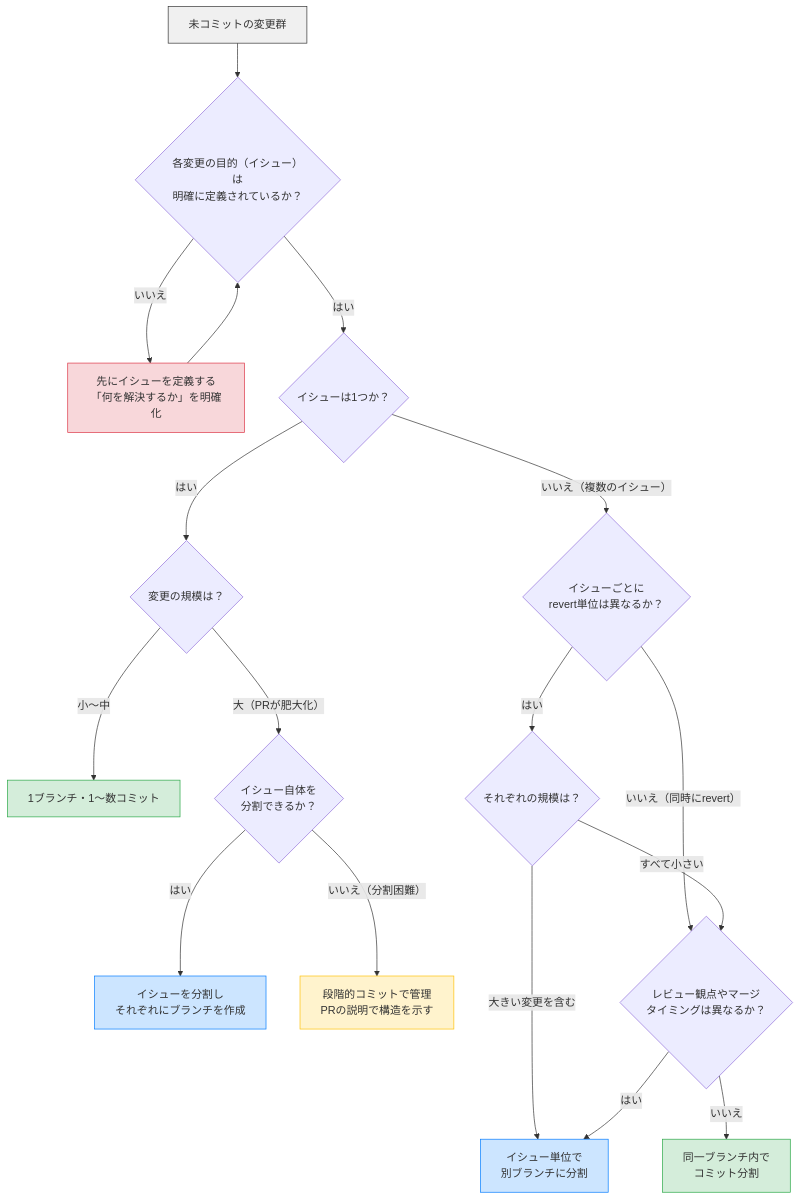
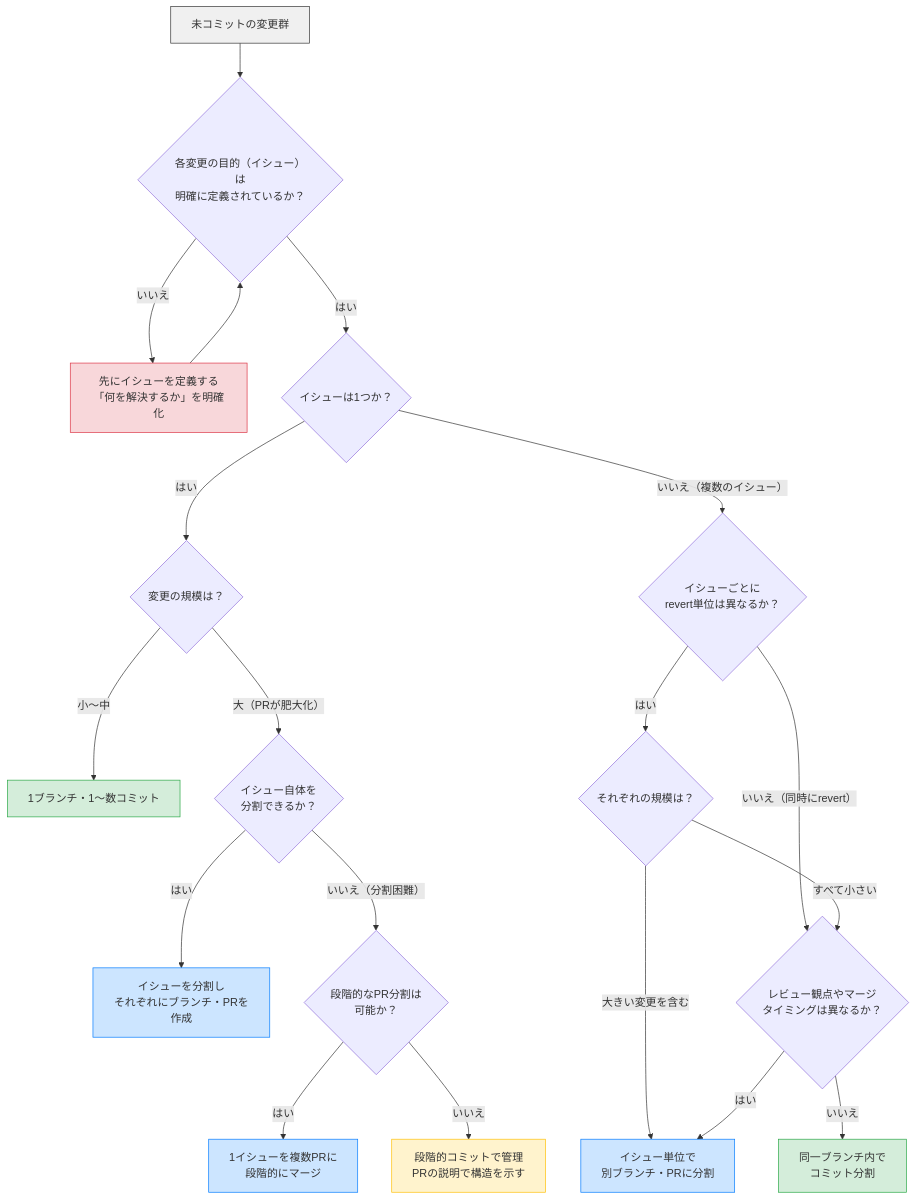
Before and after one commit to suuchee/dotfiles: the first of 2 diagrams in private_dot_claude/skills/git/references/branch-design.md, drawn with Mermaid. The commit also changed other lines of this file and 1 other file, not shown here.

````diff
--- a/private_dot_claude/skills/git/references/branch-design.md
+++ b/private_dot_claude/skills/git/references/branch-design.md
@@ -18,34 +22,38 @@
 ```mermaid
 flowchart TD
     Start["未コミットの変更群"] --> Q0{"各変更の目的（イシュー）は<br>明確に定義されているか？"}
 
     Q0 -->|"いいえ"| A0["先にイシューを定義する<br>「何を解決するか」を明確化"]
     A0 --> Q0
     Q0 -->|"はい"| Q1{"イシューは1つか？"}
 
     Q1 -->|"はい"| Q2{"変更の規模は？"}
     Q1 -->|"いいえ（複数のイシュー）"| Q3{"イシューごとに<br>revert単位は異なるか？"}
 
     Q2 -->|"小〜中"| A1["1ブランチ・1〜数コミット"]
     Q2 -->|"大（PRが肥大化）"| QD{"イシュー自体を<br>分割できるか？"}
 
-    QD -->|"はい"| AD["イシューを分割し<br>それぞれにブランチを作成"]
-    QD -->|"いいえ（分割困難）"| A2["段階的コミットで管理<br>PRの説明で構造を示す"]
+    QD -->|"はい"| AD["イシューを分割し<br>それぞれにブランチ・PRを作成"]
+    QD -->|"いいえ（分割困難）"| QD2{"段階的なPR分割は<br>可能か？"}
+
+    QD2 -->|"はい"| AD2["1イシューを複数PRに<br>段階的にマージ"]
+    QD2 -->|"いいえ"| A2["段階的コミットで管理<br>PRの説明で構造を示す"]
 
     Q3 -->|"はい"| Q4{"それぞれの規模は？"}
     Q3 -->|"いいえ（同時にrevert）"| Q5{"レビュー観点やマージ<br>タイミングは異なるか？"}
 
-    Q4 -->|"大きい変更を含む"| A3["イシュー単位で<br>別ブランチに分割"]
+    Q4 -->|"大きい変更を含む"| A3["イシュー単位で<br>別ブランチ・PRに分割"]
     Q4 -->|"すべて小さい"| Q5
 
     Q5 -->|"はい"| A3
     Q5 -->|"いいえ"| A4["同一ブランチ内で<br>コミット分割"]
 
     style Start fill:#f0f0f0,stroke:#333
     style A0 fill:#f8d7da,stroke:#dc3545
     style A1 fill:#d4edda,stroke:#28a745
     style A2 fill:#fff3cd,stroke:#ffc107
     style AD fill:#cce5ff,stroke:#007bff
+    style AD2 fill:#cce5ff,stroke:#007bff
     style A3 fill:#cce5ff,stroke:#007bff
     style A4 fill:#d4edda,stroke:#28a745
 ```
````
